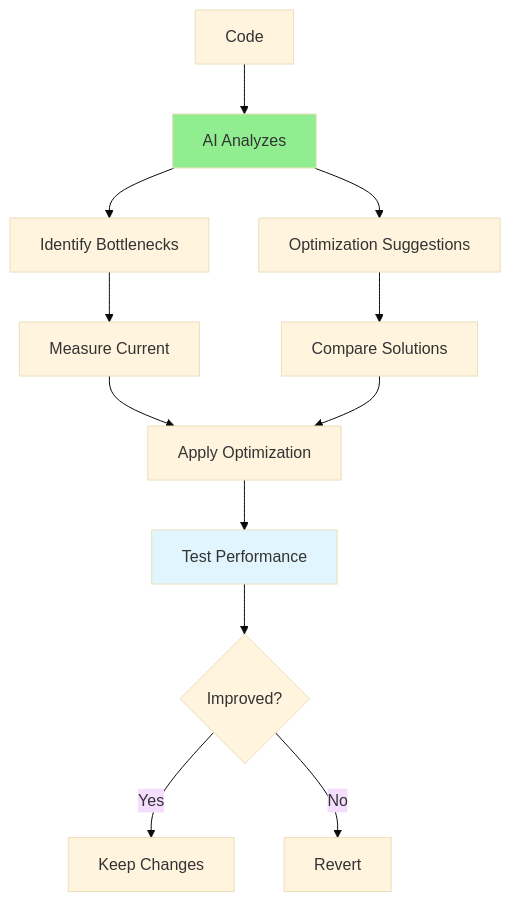
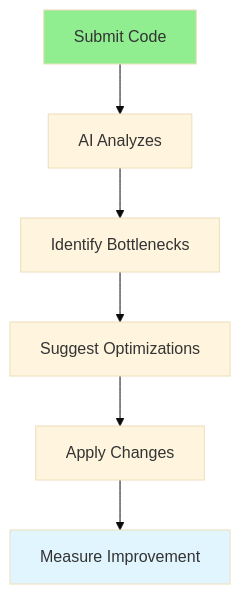
One commit to iouthnamain/tech-note changed the diagram in Full-Stack-Guides/Group-05-AI-Assisted-Coding/05.06_AI_Performance_Optimization.md. Above: the diagram before and after it, drawn with Mermaid (base theme). The commit also changed other lines of this file and 480 other files, not shown here.

````diff
--- a/Full-Stack-Guides/Group-05-AI-Assisted-Coding/05.06_AI_Performance_Optimization.md
+++ b/Full-Stack-Guides/Group-05-AI-Assisted-Coding/05.06_AI_Performance_Optimization.md
@@ -22,20 +22,11 @@
 ```mermaid
 flowchart TD
-    Code[Code] --> Analyze[AI Analyzes]
-    Analyze --> Bottlenecks[Identify Bottlenecks]
-    Analyze --> Suggestions[Optimization Suggestions]
+    Code[Submit Code] --> Analyze[AI Analyzes]
+    Analyze --> Identify[Identify Bottlenecks]
+    Identify --> Suggest[Suggest Optimizations]
+    Suggest --> Apply[Apply Changes]
+    Apply --> Measure[Measure Improvement]
     
-    Bottlenecks --> Measure[Measure Current]
-    Suggestions --> Compare[Compare Solutions]
-    
-    Measure --> Apply[Apply Optimization]
-    Compare --> Apply
-    
-    Apply --> Test[Test Performance]
-    Test --> Improved{Improved?}
-    Improved -->|Yes| Keep[Keep Changes]
-    Improved -->|No| Revert[Revert]
-    
-    style Analyze fill:#90EE90
-    style Test fill:#e1f5ff
+    style Code fill:#90EE90
+    style Measure fill:#e1f5ff
 ```
````
